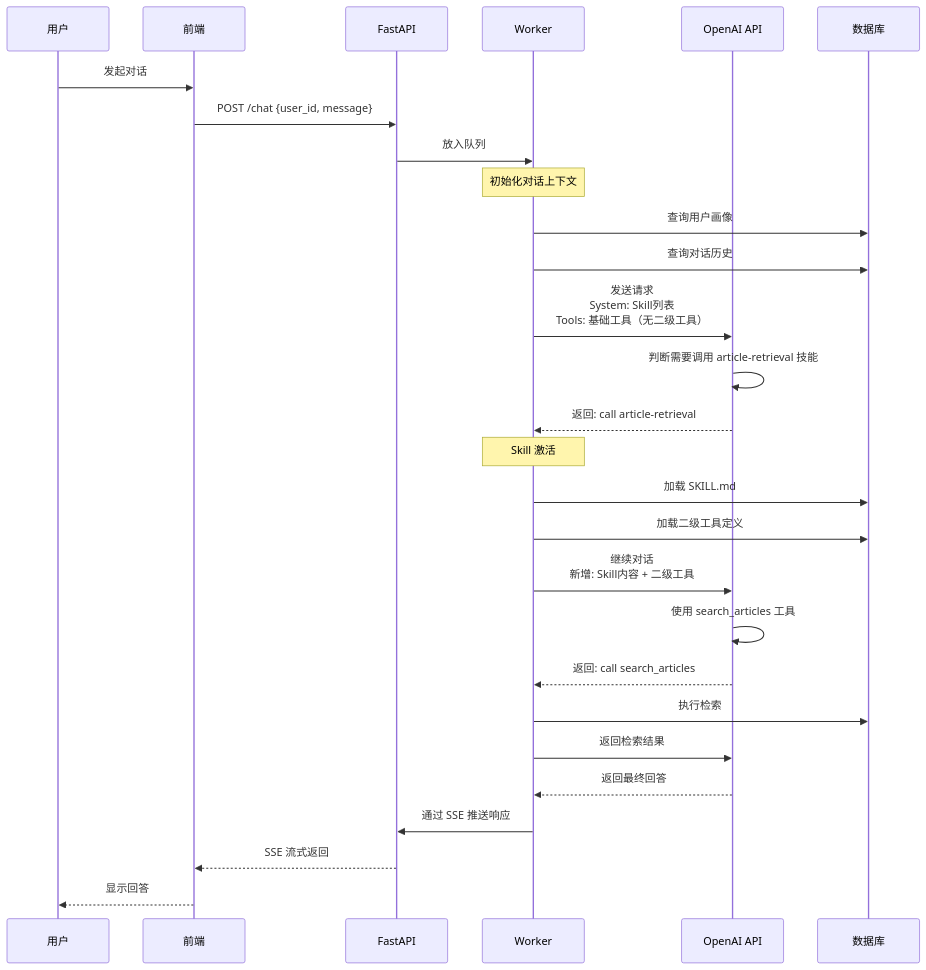
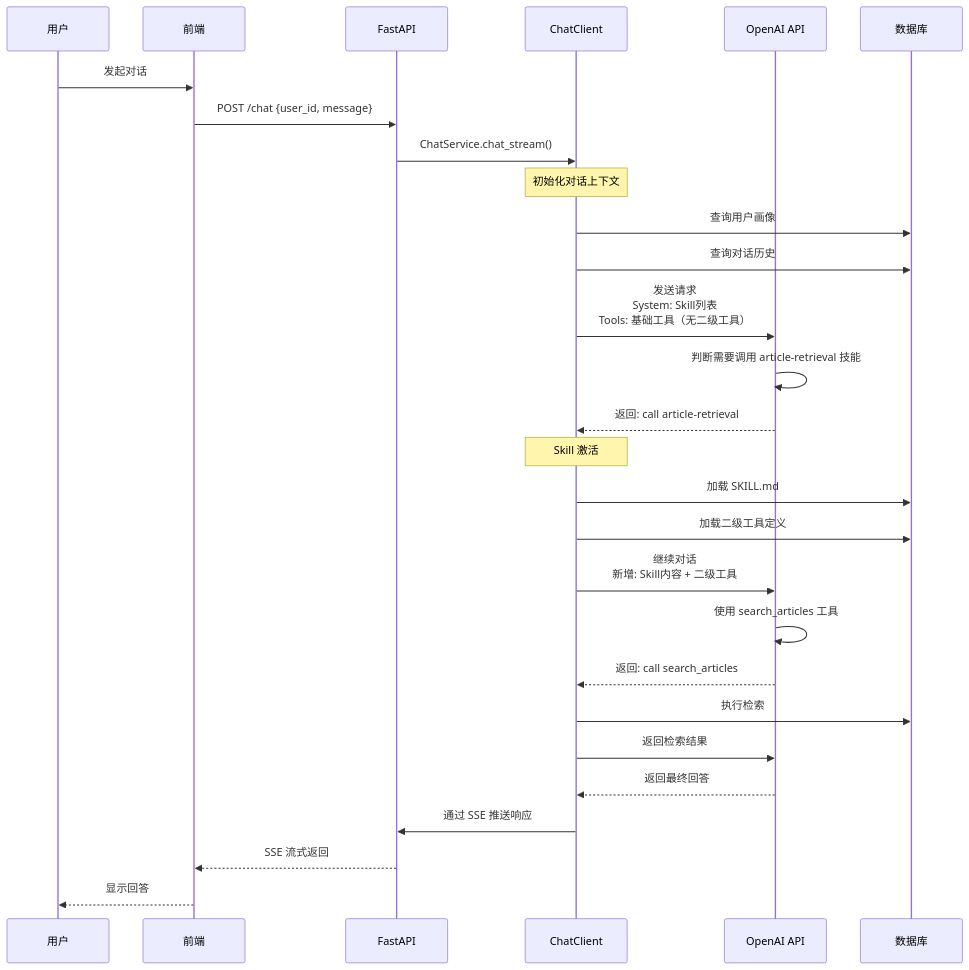
Before and after one commit to MEO-wj/OA_Reader_APP: the second of 12 diagrams in ai_end/README.md, drawn with Mermaid. The commit also changed other lines of this file and 6 other files, not shown here.

````diff
--- a/ai_end/README.md
+++ b/ai_end/README.md
@@ -124,41 +111,41 @@
 ```mermaid
 sequenceDiagram
     participant User as 用户
     participant Frontend as 前端
     participant API as FastAPI
-    participant Worker as Worker
+    participant Client as ChatClient
     participant AI as OpenAI API
     participant DB as 数据库
 
     User->>Frontend: 发起对话
     Frontend->>API: POST /chat {user_id, message}
-    API->>Worker: 放入队列
+    API->>Client: ChatService.chat_stream()
 
-    Note over Worker: 初始化对话上下文
-    Worker->>DB: 查询用户画像
-    Worker->>DB: 查询对话历史
+    Note over Client: 初始化对话上下文
+    Client->>DB: 查询用户画像
+    Client->>DB: 查询对话历史
 
-    Worker->>AI: 发送请求<br/>System: Skill列表<br/>Tools: 基础工具（无二级工具）
+    Client->>AI: 发送请求<br/>System: Skill列表<br/>Tools: 基础工具（无二级工具）
 
     AI->>AI: 判断需要调用 article-retrieval 技能
-    AI-->>Worker: 返回: call article-retrieval
+    AI-->>Client: 返回: call article-retrieval
 
-    Note over Worker: Skill 激活
-    Worker->>DB: 加载 SKILL.md
-    Worker->>DB: 加载二级工具定义
+    Note over Client: Skill 激活
+    Client->>DB: 加载 SKILL.md
+    Client->>DB: 加载二级工具定义
 
-    Worker->>AI: 继续对话<br/>新增: Skill内容 + 二级工具
+    Client->>AI: 继续对话<br/>新增: Skill内容 + 二级工具
 
     AI->>AI: 使用 search_articles 工具
-    AI-->>Worker: 返回: call search_articles
+    AI-->>Client: 返回: call search_articles
 
-    Worker->>DB: 执行检索
+    Client->>DB: 执行检索
 
-    Worker->>AI: 返回检索结果
+    Client->>AI: 返回检索结果
 
-    AI-->>Worker: 返回最终回答
+    AI-->>Client: 返回最终回答
 
-    Worker->>API: 通过 SSE 推送响应
+    Client->>API: 通过 SSE 推送响应
     API-->>Frontend: SSE 流式返回
     Frontend-->>User: 显示回答
 ```
````
